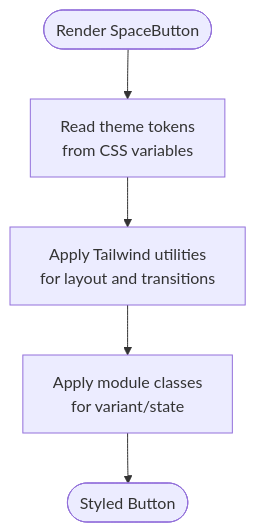
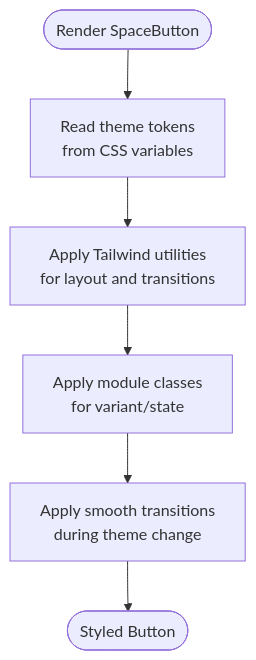
Before and after one commit to HassanAmeer/cheaprouter: the fourth of 10 diagrams in .qoder/repowiki/en/content/Frontend Architecture/Styling System.md, drawn with Mermaid. The commit also changed other lines of this file and 54 other files, not shown here.

````diff
--- a/.qoder/repowiki/en/content/Frontend Architecture/Styling System.md
+++ b/.qoder/repowiki/en/content/Frontend Architecture/Styling System.md
@@ -260,7 +259,8 @@
 ```mermaid
 flowchart TD
 Start(["Render SpaceButton"]) --> ReadTokens["Read theme tokens<br/>from CSS variables"]
 ReadTokens --> ApplyUtilities["Apply Tailwind utilities<br/>for layout and transitions"]
 ApplyUtilities --> ApplyModule["Apply module classes<br/>for variant/state"]
-ApplyModule --> End(["Styled Button"])
+ApplyModule --> Transition["Apply smooth transitions<br/>during theme change"]
+Transition --> End(["Styled Button"])
 ```
````
